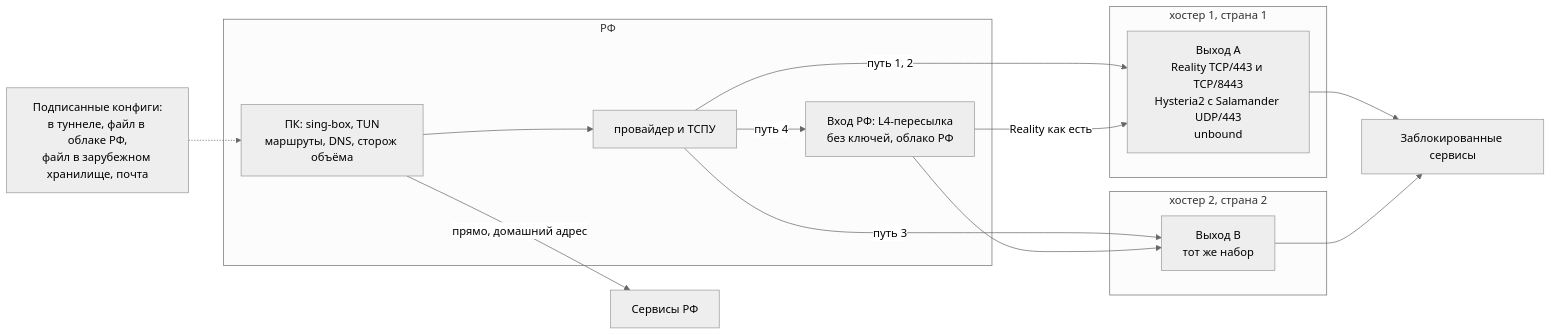
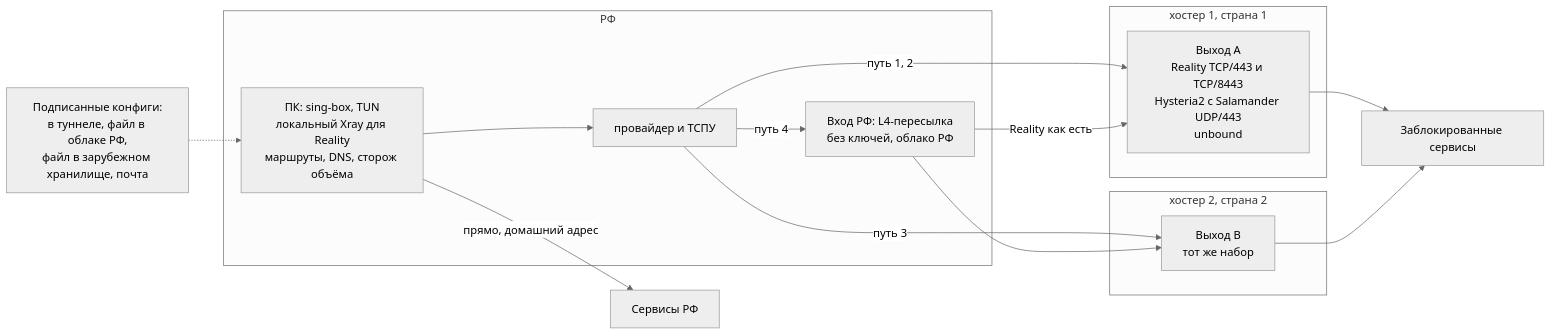
The diagram in part2-topology/TOPOLOGY.md (airmalik0/artel-fullstack-test), drawn with Mermaid (neutral theme) before and after one commit. The commit also changed other lines of this file and 5 other files, not shown here.

````diff
--- a/part2-topology/TOPOLOGY.md
+++ b/part2-topology/TOPOLOGY.md
@@ -35,27 +35,27 @@
 ```mermaid
 flowchart LR
   subgraph RU["РФ"]
-    PC["ПК: sing-box, TUN\nмаршруты, DNS, сторож объёма"]
+    PC["ПК: sing-box, TUN\nлокальный Xray для Reality\nмаршруты, DNS, сторож объёма"]
     TSPU["провайдер и ТСПУ"]
     REL["Вход РФ: L4-пересылка\nбез ключей, облако РФ"]
   end
   subgraph H1["хостер 1, страна 1"]
     A["Выход A\nReality TCP/443 и TCP/8443\nHysteria2 с Salamander UDP/443\nunbound"]
   end
   subgraph H2["хостер 2, страна 2"]
     B["Выход B\nтот же набор"]
   end
   NET["Заблокированные сервисы"]
   RUS["Сервисы РФ"]
   CFG["Подписанные конфиги:\nв туннеле, файл в облаке РФ,\nфайл в зарубежном хранилище, почта"]
   PC --> TSPU
   TSPU -->|"путь 1, 2"| A
   TSPU -->|"путь 3"| B
   TSPU -->|"путь 4"| REL
   REL -->|"Reality как есть"| A
   REL --> B
   A --> NET
   B --> NET
   PC -->|"прямо, домашний адрес"| RUS
   CFG -.-> PC
 ```
````
